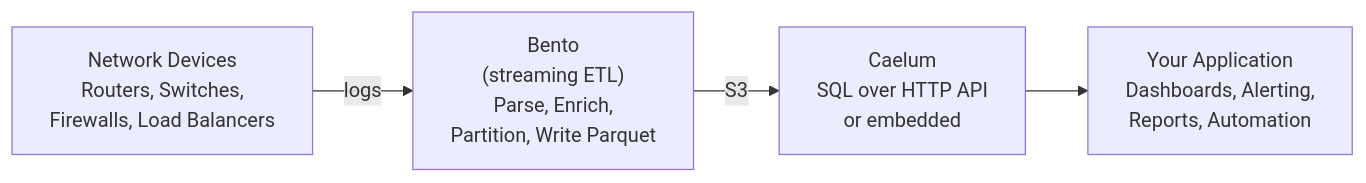
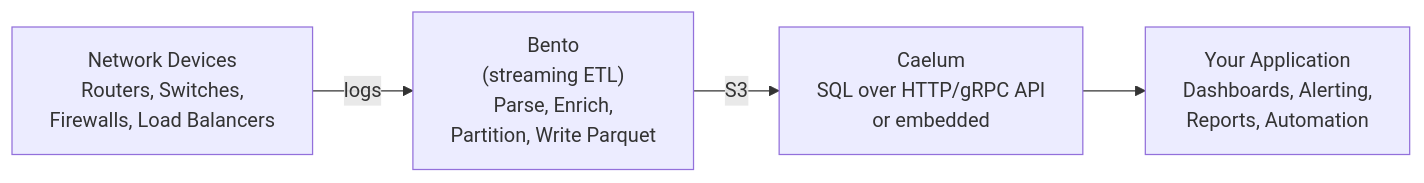
One commit to derekmwright/wadjet changed the diagram in docs/README.md. Above: the diagram before and after it, drawn with Mermaid. The commit also changed other lines of this file and 25 other files, not shown here.

First line of the commit message:
Add gRPC API and remove pkg/ directory

````diff
--- a/docs/README.md
+++ b/docs/README.md
@@ -25,6 +26,6 @@
 ```mermaid
 graph LR
     A["Network Devices<br/>Routers, Switches,<br/>Firewalls, Load Balancers"] -- logs --> B["Bento<br/>(streaming ETL)<br/>Parse, Enrich,<br/>Partition, Write Parquet"]
-    B -- S3 --> C["Caelum<br/>SQL over HTTP API<br/>or embedded"]
+    B -- S3 --> C["Caelum<br/>SQL over HTTP/gRPC API<br/>or embedded"]
     C --> D["Your Application<br/>Dashboards, Alerting,<br/>Reports, Automation"]
 ```
````
